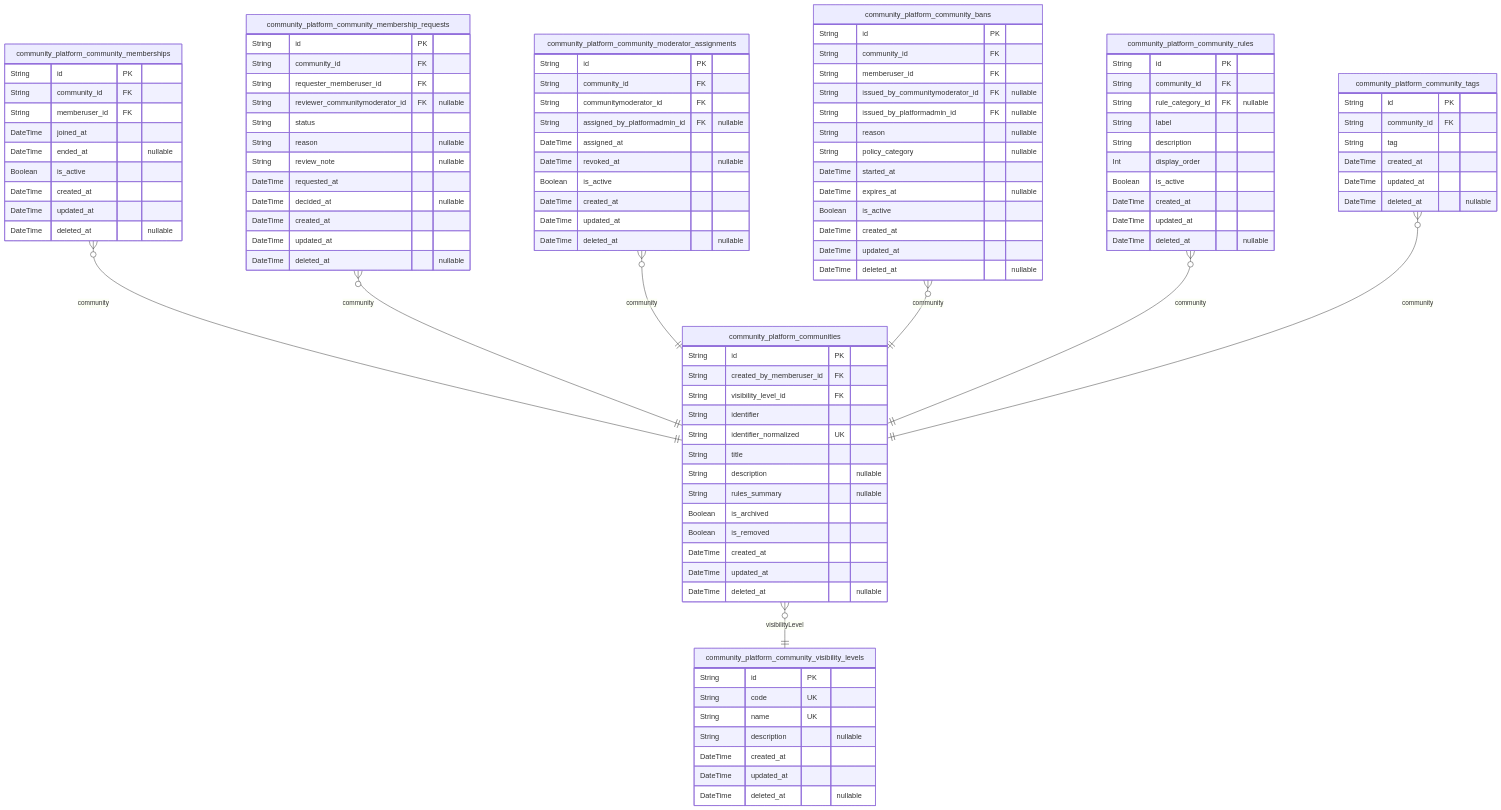
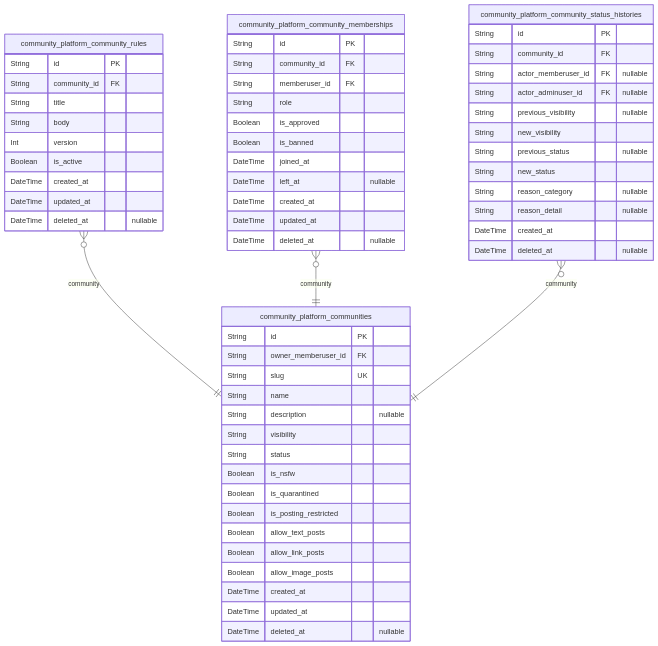
Before and after one commit to wrtnlabs/autobe-examples: the third of 9 diagrams in openai/gpt-5.1/reddit/docs/ERD.md, drawn with Mermaid. The commit also changed other lines of this file and 3761 other files, not shown here.

````diff
--- a/openai/gpt-5.1/reddit/docs/ERD.md
+++ b/openai/gpt-5.1/reddit/docs/ERD.md
@@ -812,24 +814,29 @@
 erDiagram
 "community_platform_communities" {
   String id PK
-  String created_by_memberuser_id FK
-  String visibility_level_id FK
-  String identifier
-  String identifier_normalized UK
-  String title
+  String owner_memberuser_id FK
+  String slug UK
+  String name
   String description "nullable"
-  String rules_summary "nullable"
-  Boolean is_archived
-  Boolean is_removed
+  String visibility
+  String status
+  Boolean is_nsfw
+  Boolean is_quarantined
+  Boolean is_posting_restricted
+  Boolean allow_text_posts
+  Boolean allow_link_posts
+  Boolean allow_image_posts
   DateTime created_at
   DateTime updated_at
   DateTime deleted_at "nullable"
 }
-"community_platform_community_visibility_levels" {
+"community_platform_community_rules" {
   String id PK
-  String code UK
-  String name UK
-  String description "nullable"
+  String community_id FK
+  String title
+  String body
+  Int version
+  Boolean is_active
   DateTime created_at
   DateTime updated_at
   DateTime deleted_at "nullable"
@@ -838,79 +845,30 @@
   String id PK
   String community_id FK
   String memberuser_id FK
+  String role
+  Boolean is_approved
+  Boolean is_banned
   DateTime joined_at
-  DateTime ended_at "nullable"
-  Boolean is_active
+  DateTime left_at "nullable"
   DateTime created_at
   DateTime updated_at
   DateTime deleted_at "nullable"
 }
-"community_platform_community_membership_requests" {
+"community_platform_community_status_histories" {
   String id PK
   String community_id FK
-  String requester_memberuser_id FK
-  String reviewer_communitymoderator_id FK "nullable"
-  String status
-  String reason "nullable"
-  String review_note "nullable"
-  DateTime requested_at
-  DateTime decided_at "nullable"
+  String actor_memberuser_id FK "nullable"
+  String actor_adminuser_id FK "nullable"
+  String previous_visibility "nullable"
+  String new_visibility
+  String previous_status "nullable"
+  String new_status
+  String reason_category "nullable"
+  String reason_detail "nullable"
   DateTime created_at
-  DateTime updated_at
   DateTime deleted_at "nullable"
 }
-"community_platform_community_moderator_assignments" {
-  String id PK
-  String community_id FK
-  String communitymoderator_id FK
-  String assigned_by_platformadmin_id FK "nullable"
-  DateTime assigned_at
-  DateTime revoked_at "nullable"
-  Boolean is_active
-  DateTime created_at
-  DateTime updated_at
-  DateTime deleted_at "nullable"
-}
-"community_platform_community_bans" {
-  String id PK
-  String community_id FK
-  String memberuser_id FK
-  String issued_by_communitymoderator_id FK "nullable"
-  String issued_by_platformadmin_id FK "nullable"
-  String reason "nullable"
-  String policy_category "nullable"
-  DateTime started_at
-  DateTime expires_at "nullable"
-  Boolean is_active
-  DateTime created_at
-  DateTime updated_at
-  DateTime deleted_at "nullable"
-}
-"community_platform_community_rules" {
-  String id PK
-  String community_id FK
-  String rule_category_id FK "nullable"
-  String label
-  String description
-  Int display_order
-  Boolean is_active
-  DateTime created_at
-  DateTime updated_at
-  DateTime deleted_at "nullable"
-}
-"community_platform_community_tags" {
-  String id PK
-  String community_id FK
-  String tag
-  DateTime created_at
-  DateTime updated_at
-  DateTime deleted_at "nullable"
-}
-"community_platform_communities" }o--|| "community_platform_community_visibility_levels" : visibilityLevel
+"community_platform_community_rules" }o--|| "community_platform_communities" : community
 "community_platform_community_memberships" }o--|| "community_platform_communities" : community
-"community_platform_community_membership_requests" }o--|| "community_platform_communities" : community
-"community_platform_community_moderator_assignments" }o--|| "community_platform_communities" : community
-"community_platform_community_bans" }o--|| "community_platform_communities" : community
-"community_platform_community_rules" }o--|| "community_platform_communities" : community
-"community_platform_community_tags" }o--|| "community_platform_communities" : community
+"community_platform_community_status_histories" }o--|| "community_platform_communities" : community
 ```
````
